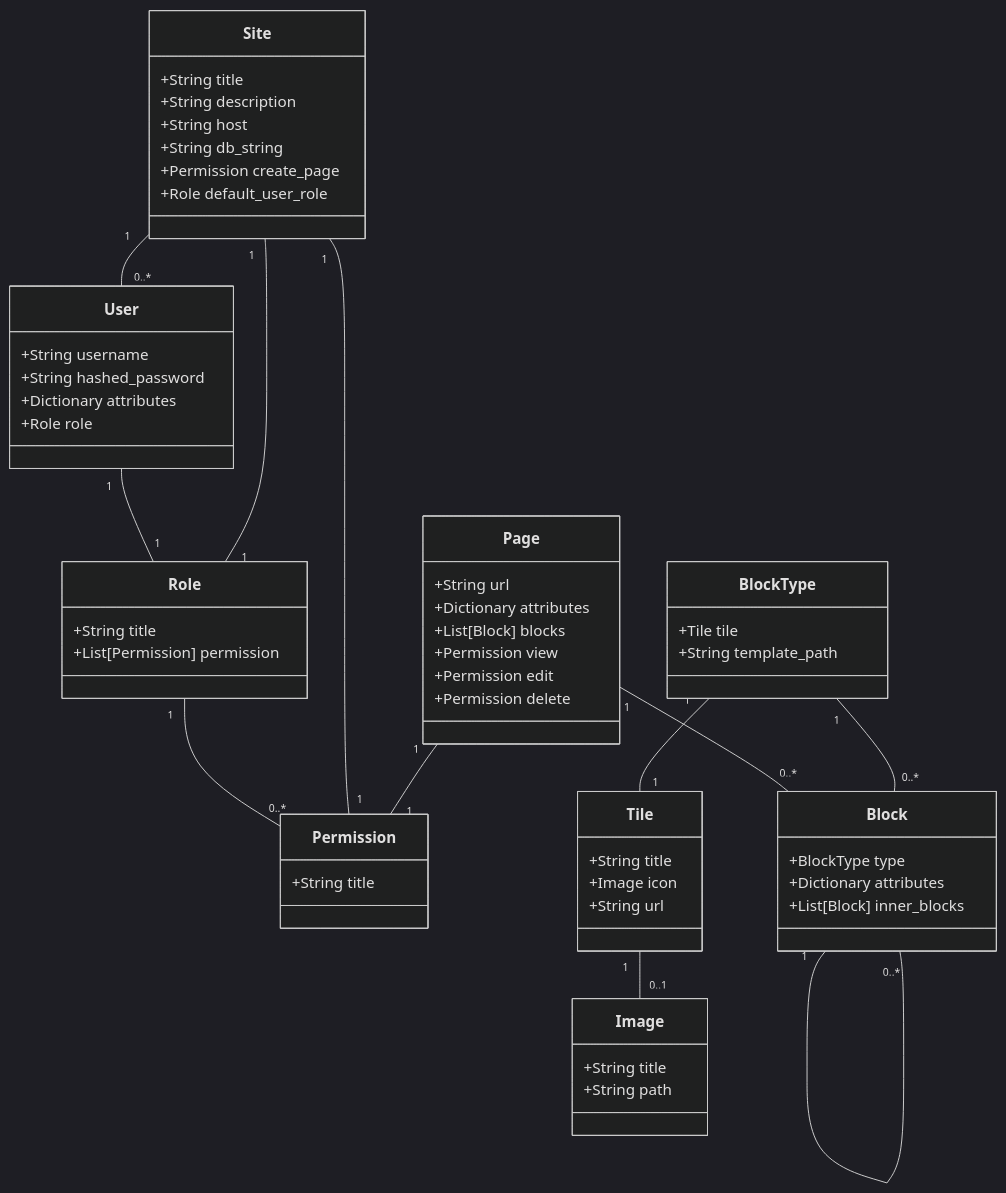
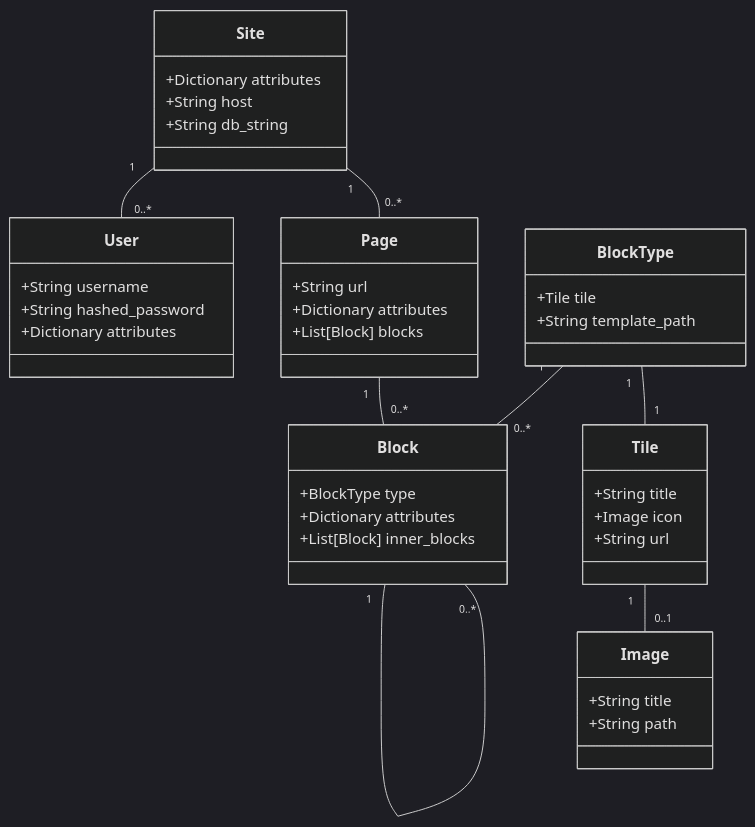
The diagram in docs/CLASS_DIAGRAM.md (JamesClarke7283/Litheora), drawn with Mermaid (dark theme) before and after one commit. The commit also changed 1 other file, not shown here.

Commit message:
Added user stories

````diff
--- a/docs/CLASS_DIAGRAM.md
+++ b/docs/CLASS_DIAGRAM.md
@@ -1,67 +1,50 @@
 ```mermaid
 classDiagram
-    class Permission {
-    +String title
-}
-    class Role {
-    +String title
-    +List[Permission] permission
-    }
+
 
     class User {
     +String username
     +String hashed_password
     +Dictionary attributes
-    +Role role
     }
-    Role "1" -- "0..*" Permission
-    User "1" -- "1" Role
 
     class Site {
-    +String title
-    +String description
+    +Dictionary attributes
     +String host
     +String db_string
-    +Permission create_page
-    +Role default_user_role
     }
     Site "1" -- "0..*" User
-    Site "1" -- "1" Permission
-    Site "1" -- "1" Role
+    Site "1" -- "0..*" Page
 
     class Page {
         +String url
         +Dictionary attributes
         +List[Block] blocks
-        +Permission view
-        +Permission edit
-        +Permission delete
     }
-    Page "1" -- "1" Permission
     Page "1" -- "0..*" Block
 
     class BlockType {
         +Tile tile
         +String template_path
     }    
     class Block {
         +BlockType type
         +Dictionary attributes
         +List[Block] inner_blocks
     }
     BlockType "1" -- "0..*" Block
     Block "1" -- "0..*" Block
     BlockType "1" -- "1" Tile
 
     class Image {
         +String title
         +String path
     }
     class Tile {
         +String title
         +Image icon
         +String url
     }
     Tile "1" -- "0..1" Image
 
 ```
````
